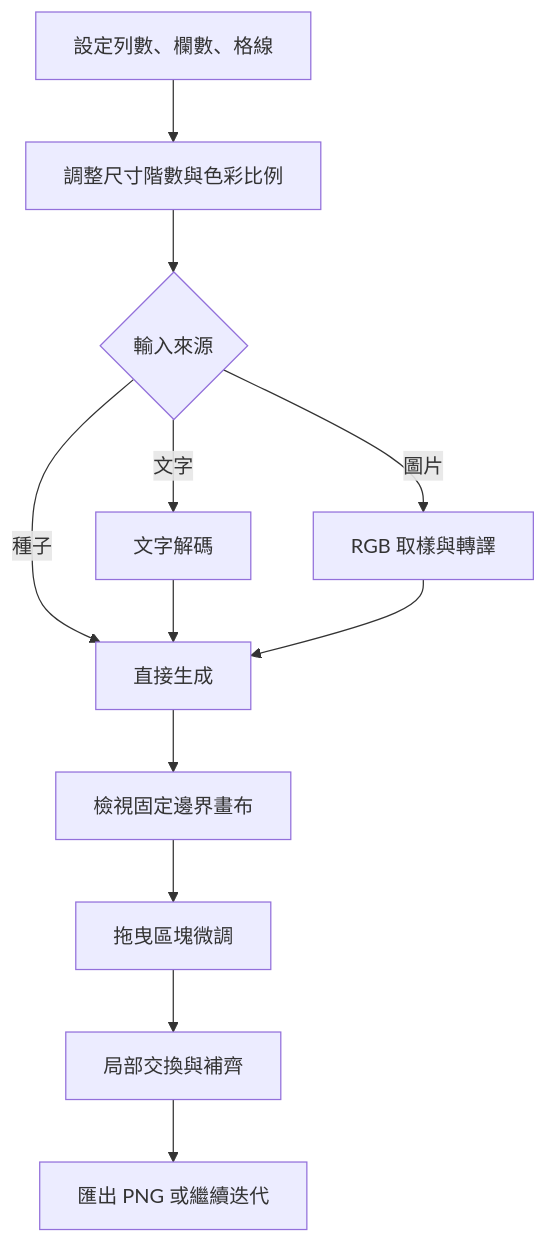
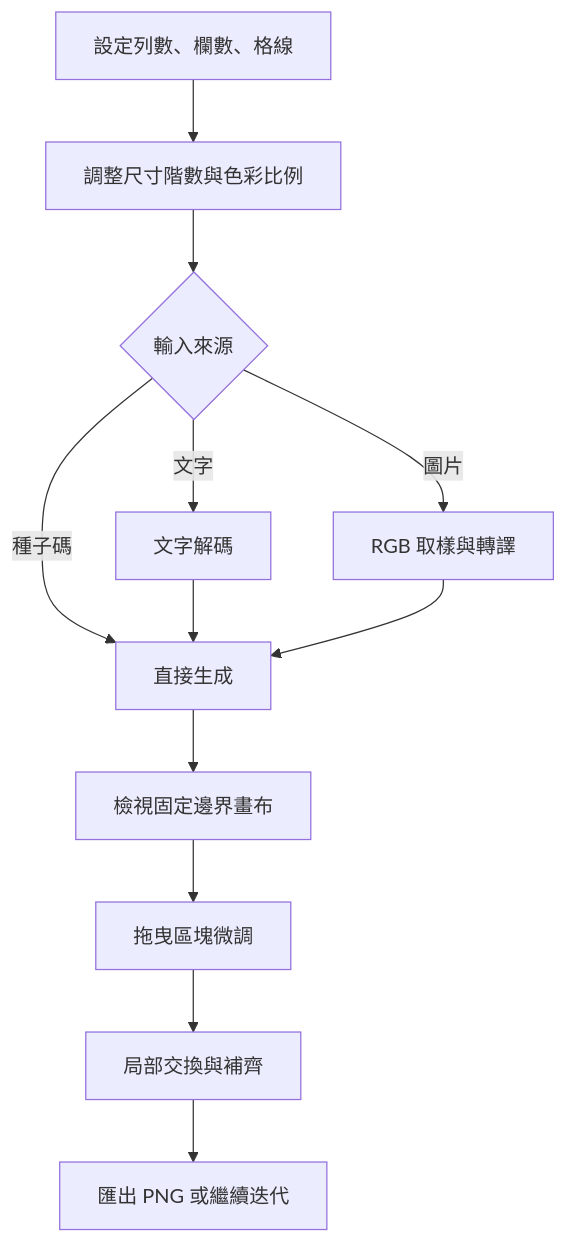
The fifth of 6 diagrams in README.md (kent891026/destijl-design), drawn with Mermaid before and after one commit. The commit also changed other lines of this file and 3 other files, not shown here.

````diff
--- a/README.md
+++ b/README.md
@@ -285,14 +288,14 @@
 ```mermaid
 flowchart TD
     A[設定列數、欄數、格線] --> B[調整尺寸階數與色彩比例]
     B --> C{輸入來源}
-    C -->|種子| D[直接生成]
+    C -->|種子碼| D[直接生成]
     C -->|文字| E[文字解碼]
     C -->|圖片| F[RGB 取樣與轉譯]
     E --> D
     F --> D
     D --> G[檢視固定邊界畫布]
     G --> H[拖曳區塊微調]
     H --> I[局部交換與補齊]
     I --> J[匯出 PNG 或繼續迭代]
 ```
````
